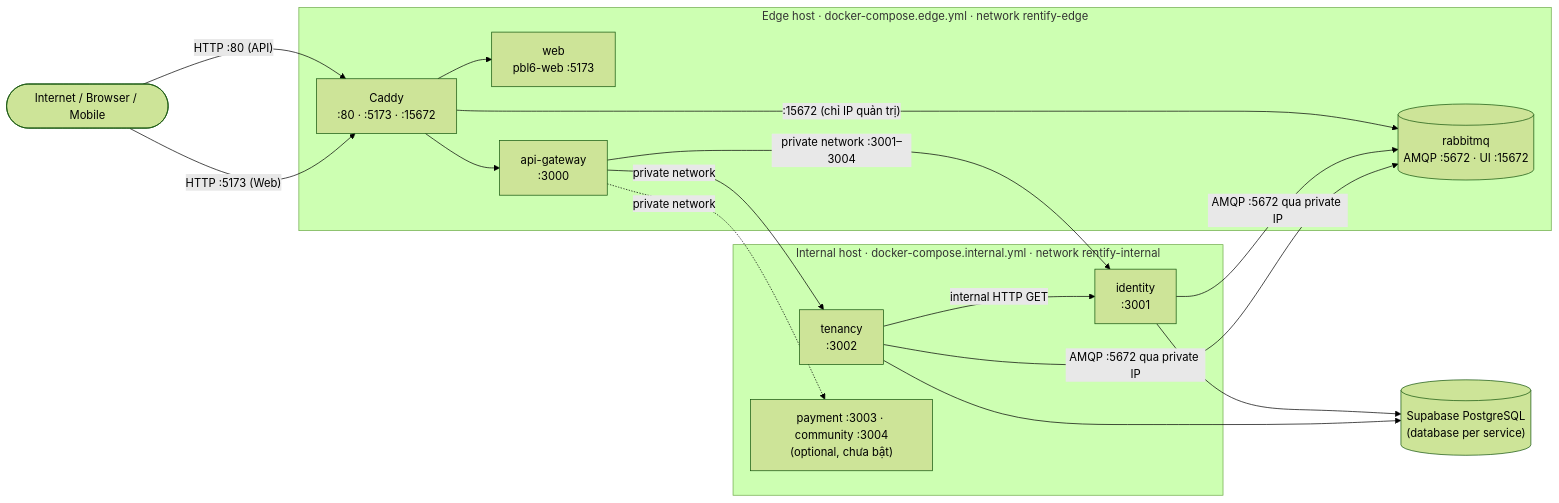
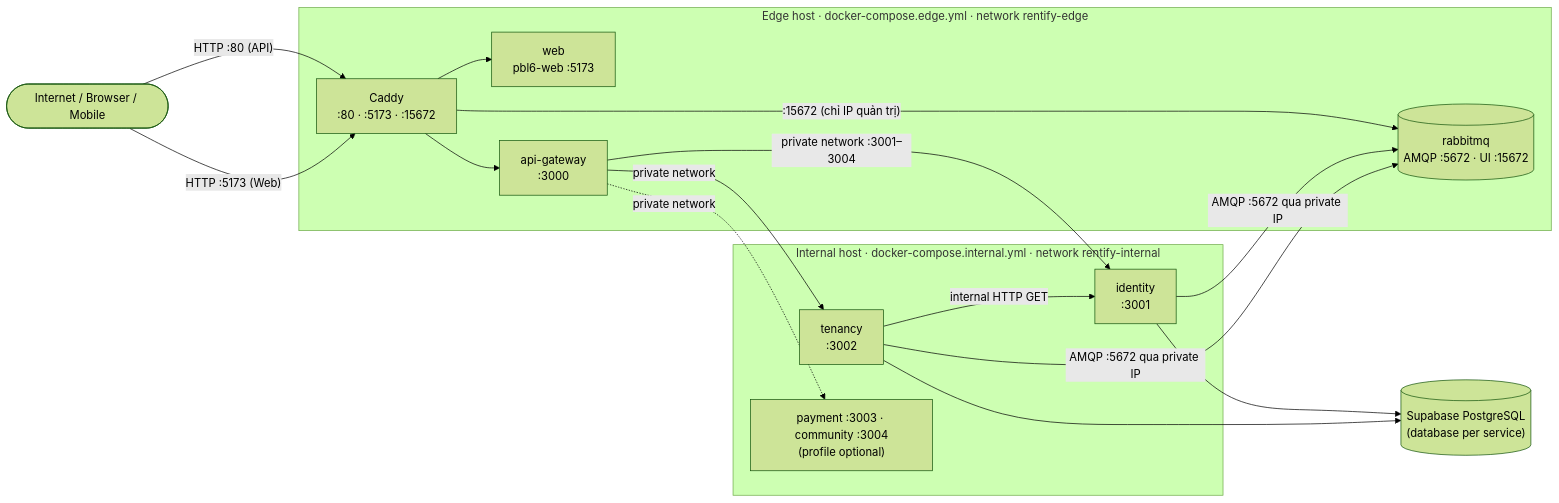
Before and after one commit to pbl6-home-renter/infra: the diagram in README.md, drawn with Mermaid (forest theme). The commit also changed other lines of this file and 3 other files, not shown here.

````diff
--- a/README.md
+++ b/README.md
@@ -46,33 +46,33 @@
 ```mermaid
 flowchart LR
     user(["Internet / Browser / Mobile"])
 
     subgraph edge["Edge host · docker-compose.edge.yml · network rentify-edge"]
         caddy["Caddy<br/>:80 · :5173 · :15672"]
         web["web<br/>pbl6-web :5173"]
         gw["api-gateway<br/>:3000"]
         mq[("rabbitmq<br/>AMQP :5672 · UI :15672")]
     end
 
     subgraph internal["Internal host · docker-compose.internal.yml · network rentify-internal"]
         id["identity<br/>:3001"]
         ten["tenancy<br/>:3002"]
-        opt["payment :3003 · community :3004<br/>(optional, chưa bật)"]
+        opt["payment :3003 · community :3004<br/>(profile optional)"]
     end
 
     db[("Supabase PostgreSQL<br/>(database per service)")]
 
     user -- "HTTP :80 (API)" --> caddy
     user -- "HTTP :5173 (Web)" --> caddy
     caddy --> gw
     caddy --> web
     caddy -- ":15672 (chỉ IP quản trị)" --> mq
     gw -- "private network :3001–3004" --> id
     gw -- "private network" --> ten
     gw -. "private network" .-> opt
     id -- "AMQP :5672 qua private IP" --> mq
     ten -- "AMQP :5672 qua private IP" --> mq
     ten -- "internal HTTP GET" --> id
     id --> db
     ten --> db
 ```
````
